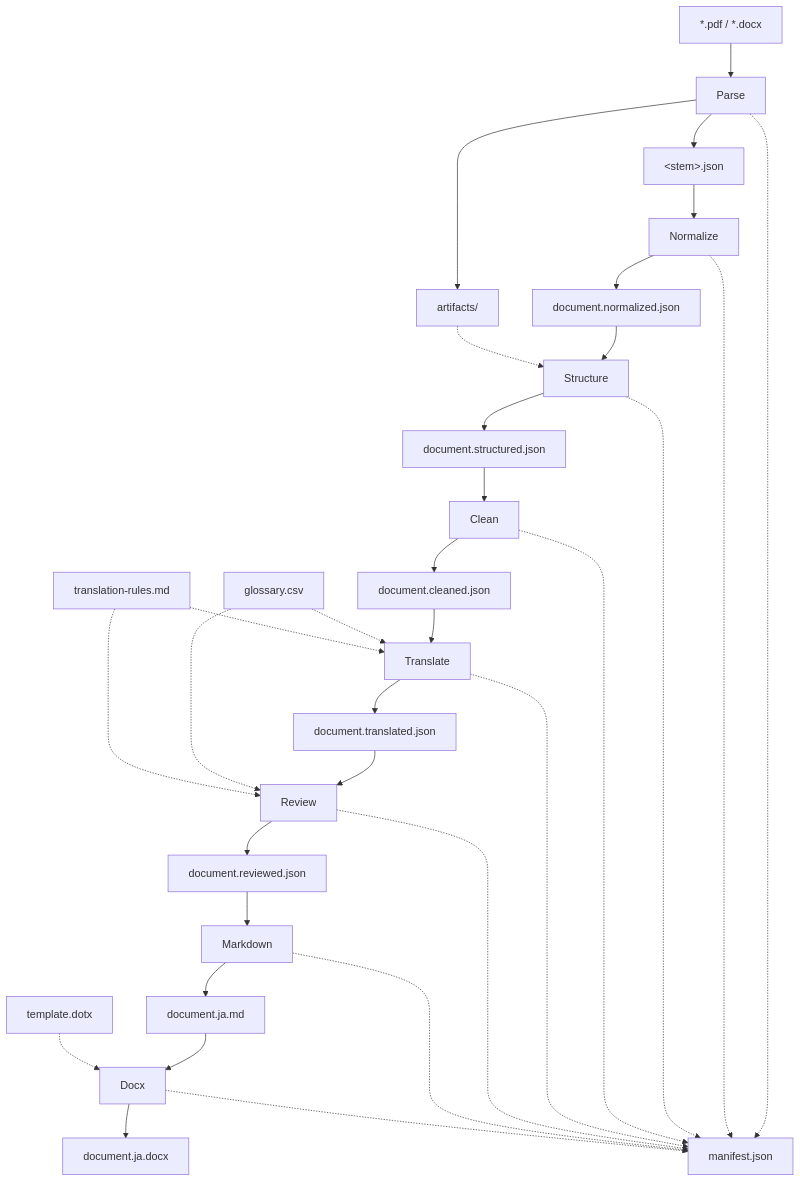
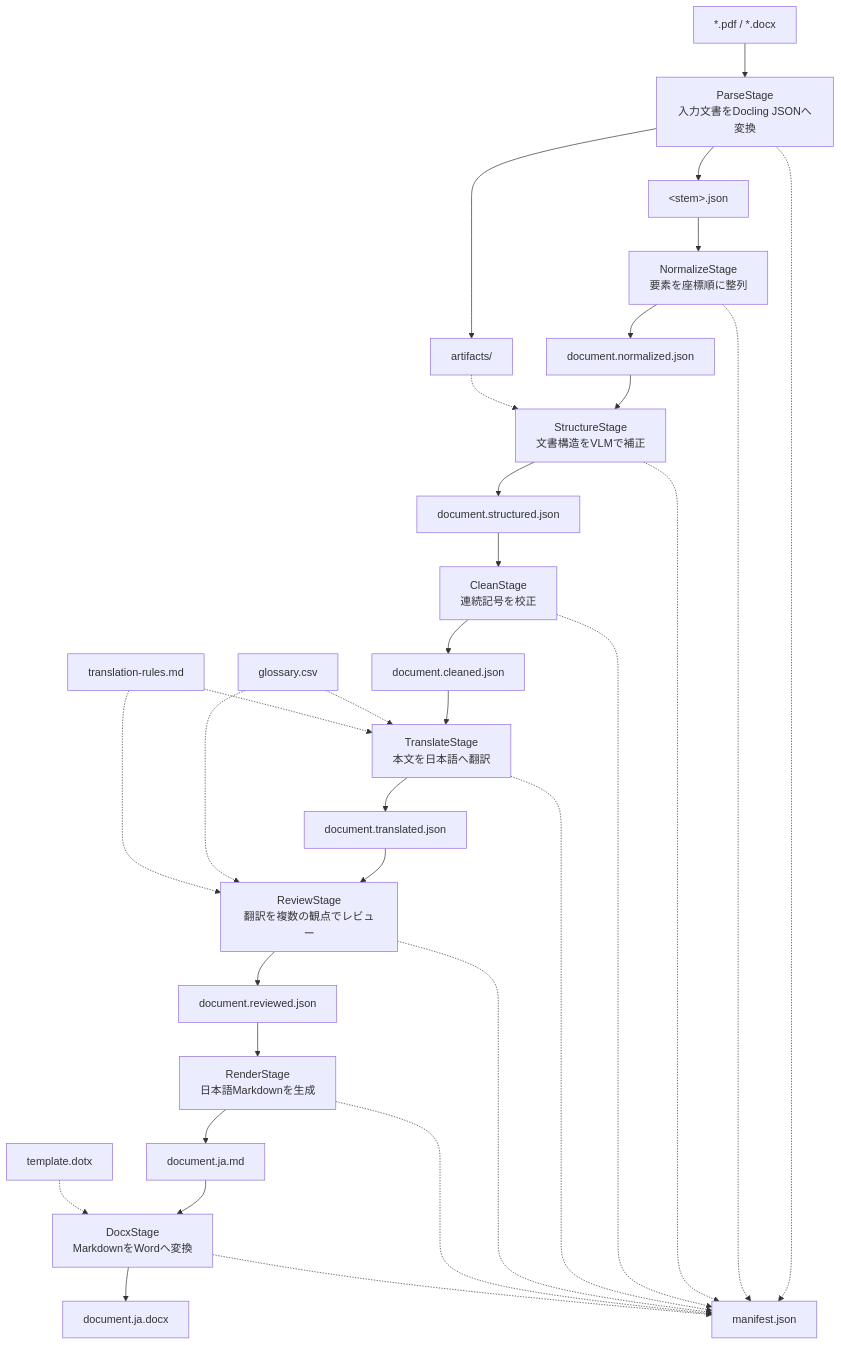
One commit to k5-mot/skills changed the diagram in skills/translate-ja-v2/references/spec.md. Above: the diagram before and after it, drawn with Mermaid.

Commit message:
📝 docs(translate-ja-v2): Stage図に説明を追加

````diff
--- a/skills/translate-ja-v2/references/spec.md
+++ b/skills/translate-ja-v2/references/spec.md
@@ -13,42 +13,42 @@
 ```mermaid
 flowchart TD
-    SOURCE["*.pdf / *.docx"] --> PARSE["Parse"]
+    SOURCE["*.pdf / *.docx"] --> PARSE["ParseStage<br/>入力文書をDocling JSONへ変換"]
     PARSE --> RAW["&lt;stem&gt;.json"]
     PARSE --> ARTIFACTS["artifacts/"]
 
-    RAW --> NORMALIZE["Normalize"]
+    RAW --> NORMALIZE["NormalizeStage<br/>要素を座標順に整列"]
     NORMALIZE --> NORMALIZED["document.normalized.json"]
 
-    NORMALIZED --> STRUCTURE["Structure"]
+    NORMALIZED --> STRUCTURE["StructureStage<br/>文書構造をVLMで補正"]
     ARTIFACTS -.-> STRUCTURE
     STRUCTURE --> STRUCTURED["document.structured.json"]
 
-    STRUCTURED --> CLEAN["Clean"]
+    STRUCTURED --> CLEAN["CleanStage<br/>連続記号を校正"]
     CLEAN --> CLEANED["document.cleaned.json"]
 
-    CLEANED --> TRANSLATE["Translate"]
+    CLEANED --> TRANSLATE["TranslateStage<br/>本文を日本語へ翻訳"]
     GLOSSARY["glossary.csv"] -.-> TRANSLATE
     RULES["translation-rules.md"] -.-> TRANSLATE
     TRANSLATE --> TRANSLATED["document.translated.json"]
 
-    TRANSLATED --> REVIEW["Review"]
+    TRANSLATED --> REVIEW["ReviewStage<br/>翻訳を複数の観点でレビュー"]
     GLOSSARY -.-> REVIEW
     RULES -.-> REVIEW
     REVIEW --> REVIEWED["document.reviewed.json"]
 
-    REVIEWED --> MARKDOWN["Markdown"]
+    REVIEWED --> MARKDOWN["RenderStage<br/>日本語Markdownを生成"]
     MARKDOWN --> JA_MD["document.ja.md"]
 
-    JA_MD --> DOCX["Docx"]
+    JA_MD --> DOCX["DocxStage<br/>MarkdownをWordへ変換"]
     TEMPLATE["template.dotx"] -.-> DOCX
     DOCX --> JA_DOCX["document.ja.docx"]
 
     PARSE -.-> MANIFEST["manifest.json"]
     NORMALIZE -.-> MANIFEST
     STRUCTURE -.-> MANIFEST
     CLEAN -.-> MANIFEST
     TRANSLATE -.-> MANIFEST
     REVIEW -.-> MANIFEST
     MARKDOWN -.-> MANIFEST
     DOCX -.-> MANIFEST
 ```
````
